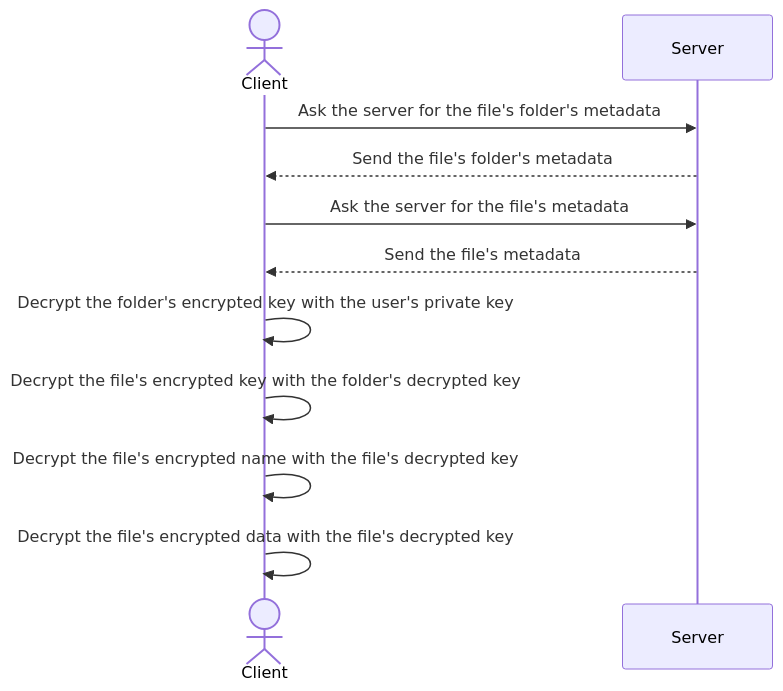
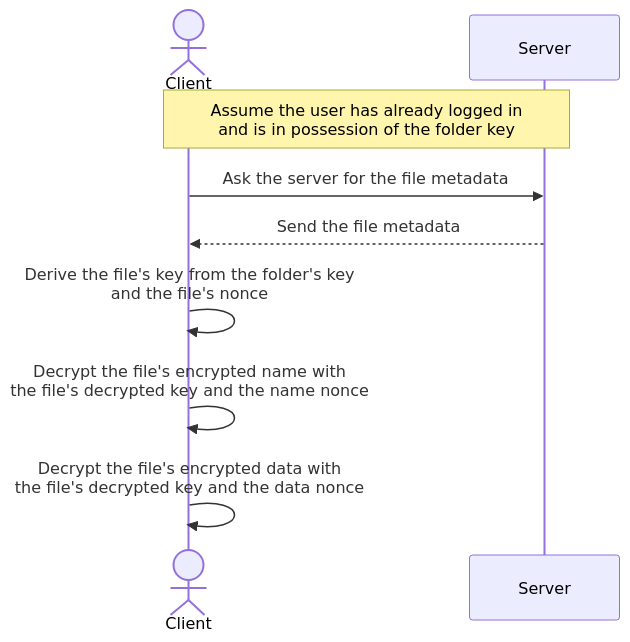
Before and after one commit to DACC4/effective-octo-system: the diagram in doc/project_mermaid/access_file.mmd, drawn with Mermaid. The commit also changed 27 other files, not shown here.

```diff
--- a/doc/project_mermaid/access_file.mmd
+++ b/doc/project_mermaid/access_file.mmd
@@ -1,16 +1,13 @@
 sequenceDiagram
     actor C as Client
     participant S as Server
 
-    C->>S: Ask the server for the file's folder's metadata
-    S-->>C: Send the file's folder's metadata
+    note over C,S: Assume the user has already logged in <br> and is in possession of the folder key
 
-    C->>S: Ask the server for the file's metadata
-    S-->>C: Send the file's metadata
+    C->>S: Ask the server for the file metadata
+    S-->>C: Send the file metadata
 
-    C->>C: Decrypt the folder's encrypted key with the user's private key
+    C->>C: Derive the file's key from the folder's key <br> and the file's nonce
 
-    C->>C: Decrypt the file's encrypted key with the folder's decrypted key
-
-    C->>C: Decrypt the file's encrypted name with the file's decrypted key
-    C->>C: Decrypt the file's encrypted data with the file's decrypted key
+    C->>C: Decrypt the file's encrypted name with <br> the file's decrypted key and the name nonce
+    C->>C: Decrypt the file's encrypted data with <br> the file's decrypted key and the data nonce
```
